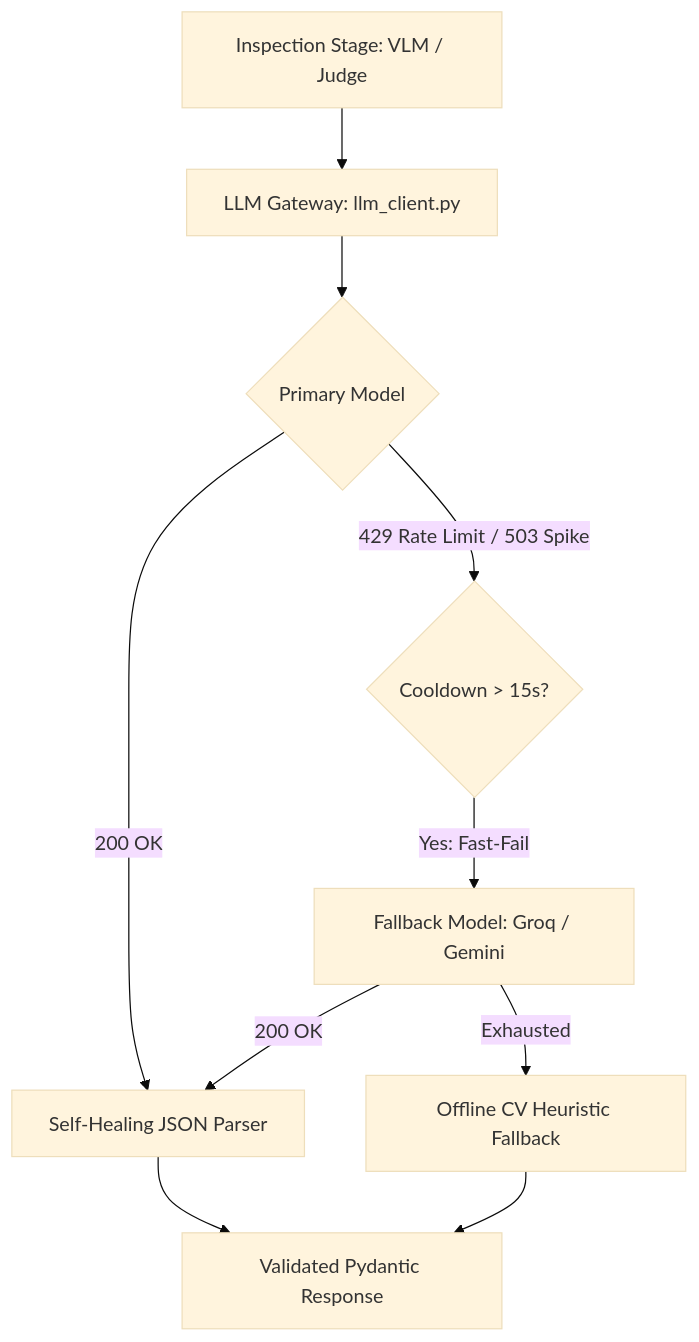
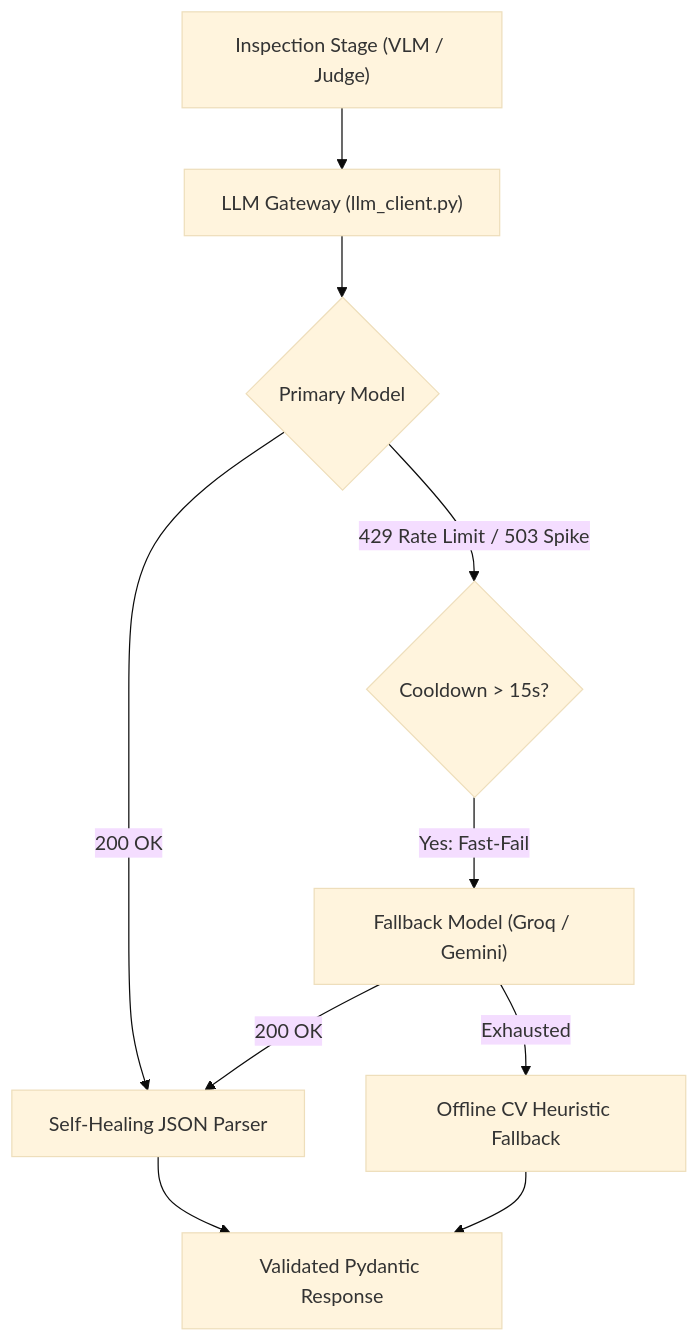
Before and after one commit to Disha-1610/VisionForge: the diagram in docs/LLM_GATEWAY.md, drawn with Mermaid (base theme). The commit also changed 1 other file, not shown here.

Commit message:
docs: fix Mermaid diagram syntax and subgraph connections in README.md

````diff
--- a/docs/LLM_GATEWAY.md
+++ b/docs/LLM_GATEWAY.md
@@ -39,12 +39,12 @@
 ```mermaid
 flowchart TD
-    A[Inspection Stage: VLM / Judge] --> B[LLM Gateway: llm_client.py]
-    B --> C{Primary Model}
-    C -->|200 OK| F[Self-Healing JSON Parser]
-    C -->|429 Rate Limit / 503 Spike| D{Cooldown > 15s?}
-    D -->|Yes: Fast-Fail| E[Fallback Model: Groq / Gemini]
-    E -->|200 OK| F
-    E -->|Exhausted| G[Offline CV Heuristic Fallback]
-    F --> H[Validated Pydantic Response]
+    A["Inspection Stage (VLM / Judge)"] --> B["LLM Gateway (llm_client.py)"]
+    B --> C{"Primary Model"}
+    C -->|"200 OK"| F["Self-Healing JSON Parser"]
+    C -->|"429 Rate Limit / 503 Spike"| D{"Cooldown > 15s?"}
+    D -->|"Yes: Fast-Fail"| E["Fallback Model (Groq / Gemini)"]
+    E -->|"200 OK"| F
+    E -->|"Exhausted"| G["Offline CV Heuristic Fallback"]
+    F --> H["Validated Pydantic Response"]
     G --> H
 ```
````
